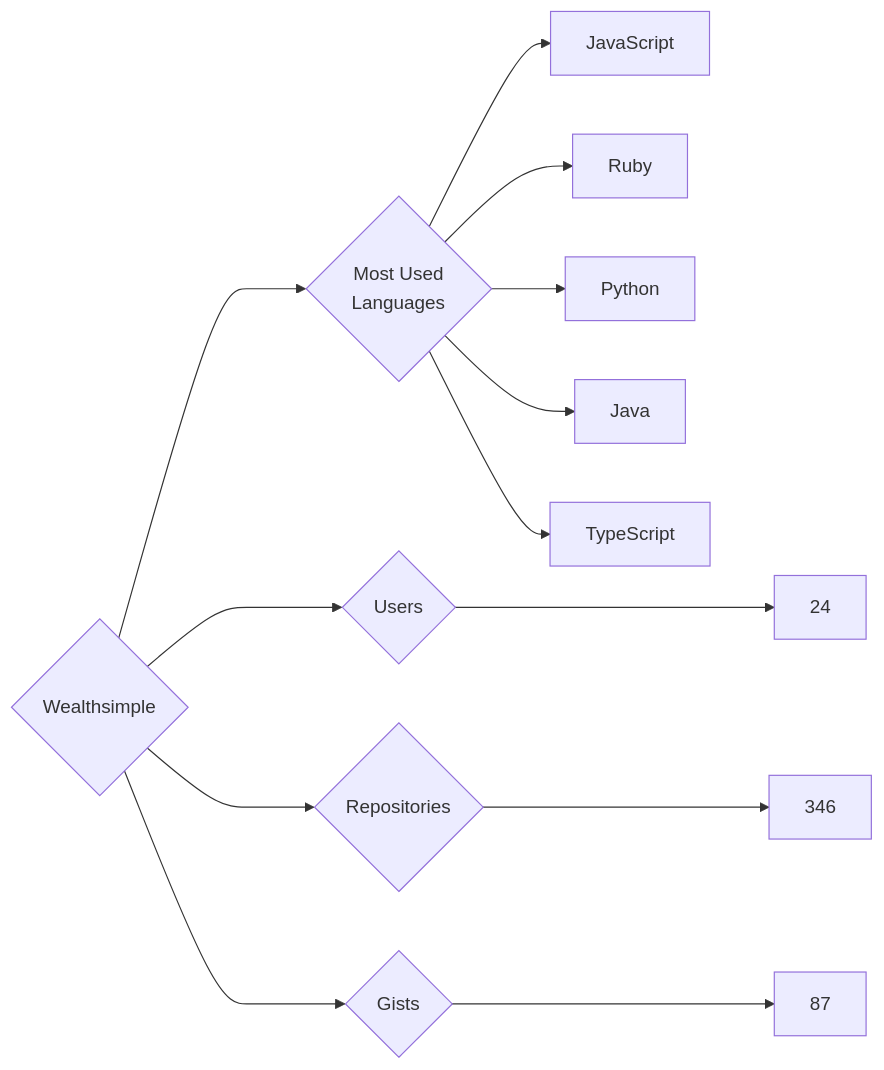
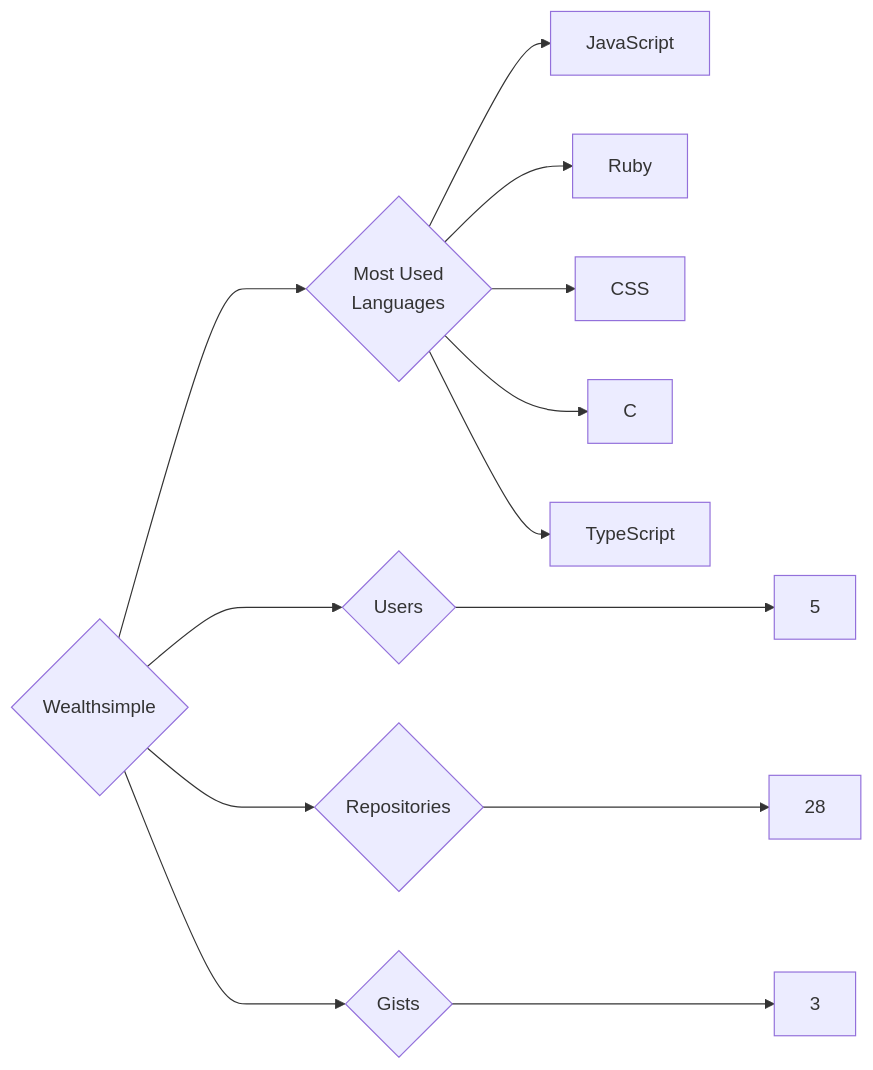
The diagram in targets/Wealthsimple/README.md (trickest/insiders), drawn with Mermaid before and after one commit. The commit also changed 1496 other files, not shown here.

````diff
--- a/targets/Wealthsimple/README.md
+++ b/targets/Wealthsimple/README.md
@@ -3,13 +3,13 @@
 ```mermaid
 graph LR
 COMPANY_NAME{Wealthsimple}
-COMPANY_NAME ---> U{Users} ---> UN[24]
-COMPANY_NAME ---> R{Repositories} ---> RN[346]
-COMPANY_NAME ---> G{Gists} ---> GN[87]
+COMPANY_NAME ---> U{Users} ---> UN[5]
+COMPANY_NAME ---> R{Repositories} ---> RN[28]
+COMPANY_NAME ---> G{Gists} ---> GN[3]
 COMPANY_NAME ---> ML{Most Used<br>Languages}
 ML --> JavaScript[JavaScript]
 ML --> Ruby[Ruby]
-ML --> Python[Python]
-ML --> Java[Java]
+ML --> CSS[CSS]
+ML --> C[C]
 ML --> TypeScript[TypeScript]
 ```
````
